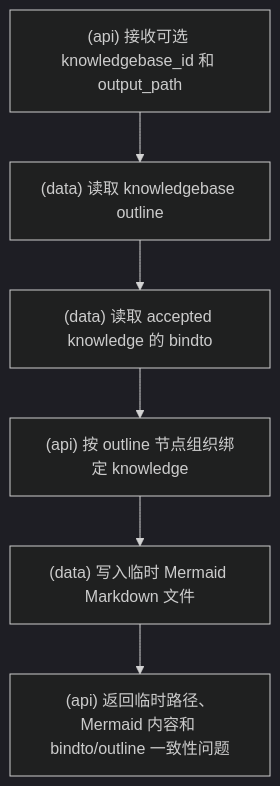
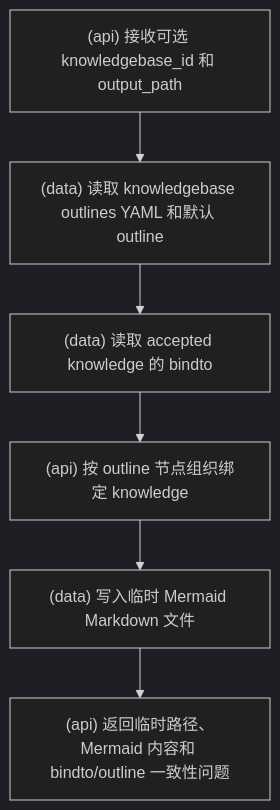
Diagram 16 of 21 in docs/流程图.md (srangerme/KBManager), drawn with Mermaid (dark theme) before and after one commit. The commit also changed other lines of this file and 13 other files, not shown here.

````diff
--- a/docs/流程图.md
+++ b/docs/流程图.md
@@ -193,8 +222,8 @@
 ```mermaid
 flowchart TD
-  A["(api) 接收可选 knowledgebase_id 和 output_path"] --> B["(data) 读取 knowledgebase outline"]
+  A["(api) 接收可选 knowledgebase_id 和 output_path"] --> B["(data) 读取 knowledgebase outlines YAML 和默认 outline"]
   B --> C["(data) 读取 accepted knowledge 的 bindto"]
   C --> D["(api) 按 outline 节点组织绑定 knowledge"]
   D --> E["(data) 写入临时 Mermaid Markdown 文件"]
   E --> F["(api) 返回临时路径、Mermaid 内容和 bindto/outline 一致性问题"]
 ```
````
